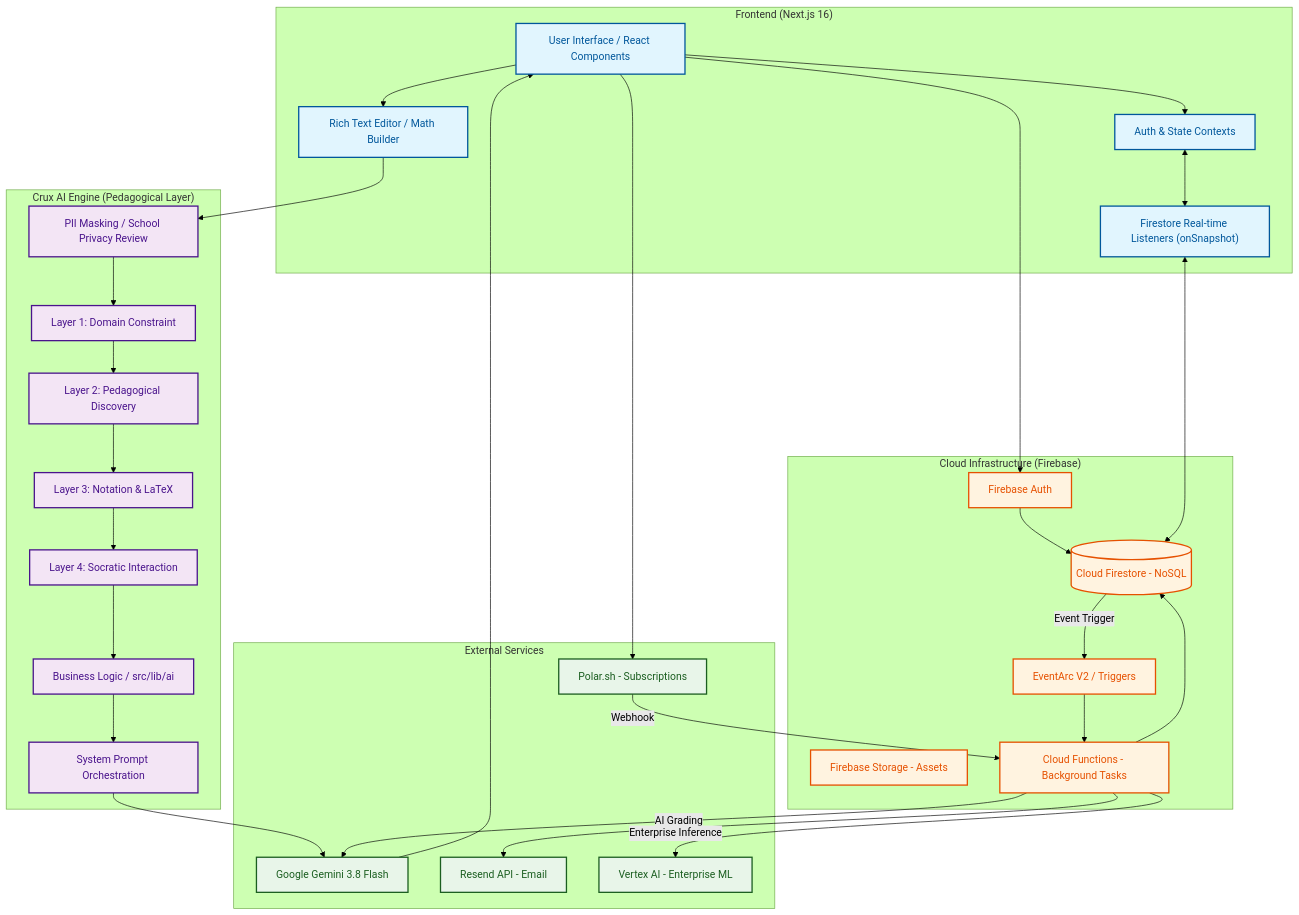
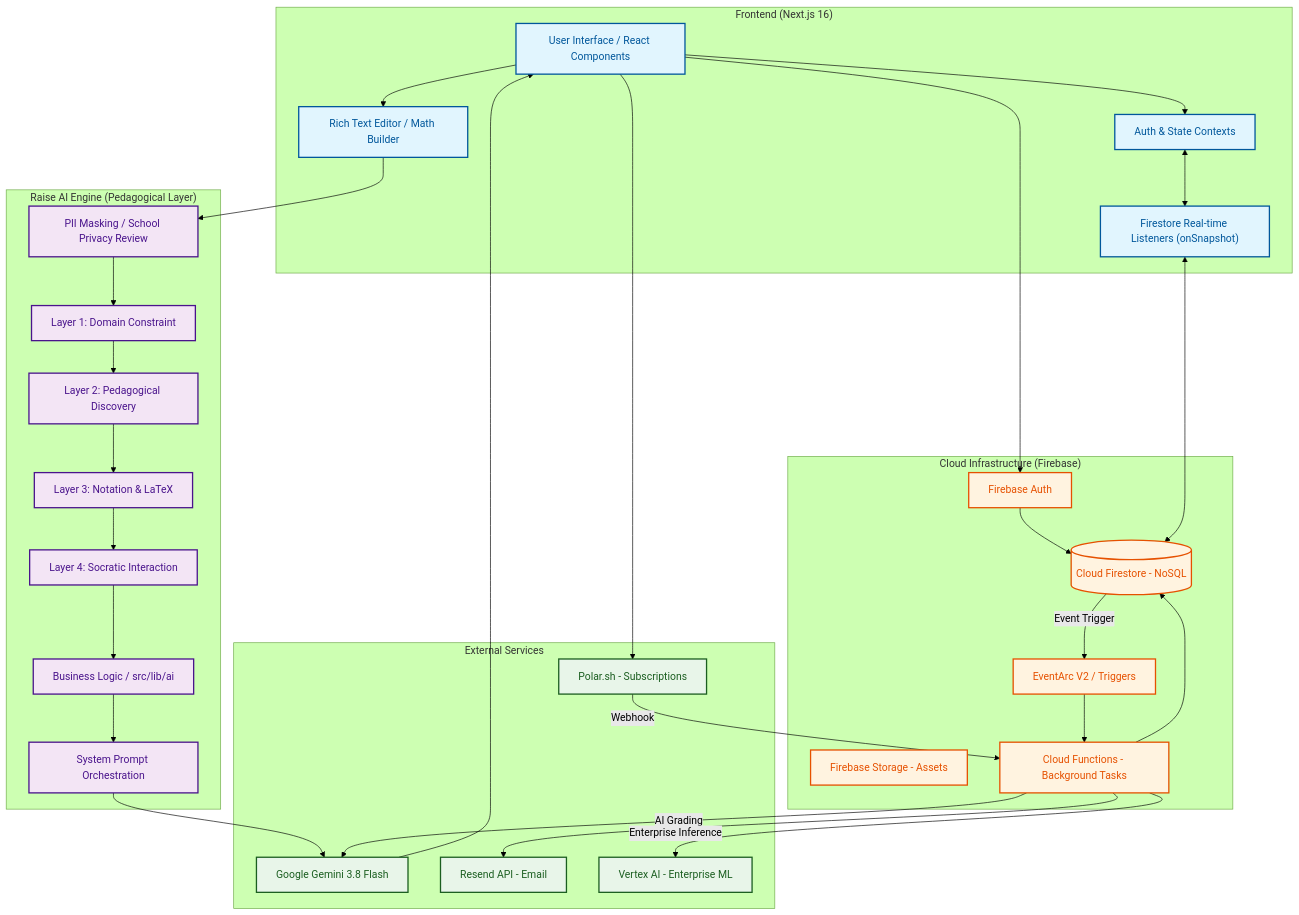
Before and after one commit to scorpioedu/scorpio: the diagram in README.md, drawn with Mermaid (forest theme). The commit also changed other lines of this file, not shown here.

Commit message:
Docs: rewrite README in a formal tone; add Courses section; Raise is the assistant's name

````diff
--- a/README.md
+++ b/README.md
@@ -23,67 +160,67 @@
 ```mermaid
 graph TD
     classDef client fill:#e1f5fe,stroke:#01579b,stroke-width:2px,color:#01579b;
     classDef crux fill:#f3e5f5,stroke:#4a148c,stroke-width:2px,color:#4a148c;
     classDef backend fill:#fff3e0,stroke:#e65100,stroke-width:2px,color:#e65100;
     classDef external fill:#e8f5e9,stroke:#1b5e20,stroke-width:2px,color:#1b5e20;
 
     subgraph Client ["Frontend (Next.js 16)"]
         UI[User Interface / React Components]:::client
         Editor[Rich Text Editor / Math Builder]:::client
         Context[Auth & State Contexts]:::client
         Listen["Firestore Real-time Listeners (onSnapshot)"]:::client
     end
 
-    subgraph Crux ["Crux AI Engine (Pedagogical Layer)"]
+    subgraph Raise ["Raise AI Engine (Pedagogical Layer)"]
         Sanitize[PII Masking / School Privacy Review]:::crux
         Layer1[Layer 1: Domain Constraint]:::crux
         Layer2[Layer 2: Pedagogical Discovery]:::crux
         Layer3[Layer 3: Notation & LaTeX]:::crux
         Layer4[Layer 4: Socratic Interaction]:::crux
         Logic[Business Logic / src/lib/ai]:::crux
         Compose[System Prompt Orchestration]:::crux
     end
 
     subgraph Backend ["Cloud Infrastructure (Firebase)"]
         Auth[Firebase Auth]:::backend
         Firestore[(Cloud Firestore - NoSQL)]:::backend
         Storage[Firebase Storage - Assets]:::backend
         Functions[Cloud Functions - Background Tasks]:::backend
         Event["EventArc V2 / Triggers"]:::backend
     end
 
     subgraph External ["External Services"]
         Gemini[Google Gemini 3.8 Flash]:::external
         Polar[Polar.sh - Subscriptions]:::external
         Resend[Resend API - Email]:::external
         Vertex[Vertex AI - Enterprise ML]:::external
     end
 
     %% Interactions
     UI --> Editor
     Editor --> Sanitize
     Sanitize --> Layer1
     Layer1 --> Layer2
     Layer2 --> Layer3
     Layer3 --> Layer4
     Layer4 --> Logic
     Logic --> Compose
     Compose --> Gemini
     Gemini --> UI
 
     UI --> Auth
     Auth --> Firestore
     UI --> Context
     Context <--> Listen
     Listen <--> Firestore
 
     Firestore -- "Event Trigger" --> Event
     Event --> Functions
     Functions --> Resend
     Functions -- "AI Grading" --> Gemini
     Functions -- "Enterprise Inference" --> Vertex
-    
+
     UI --> Polar
     Polar -- "Webhook" --> Functions
     Functions --> Firestore
 ```
````
